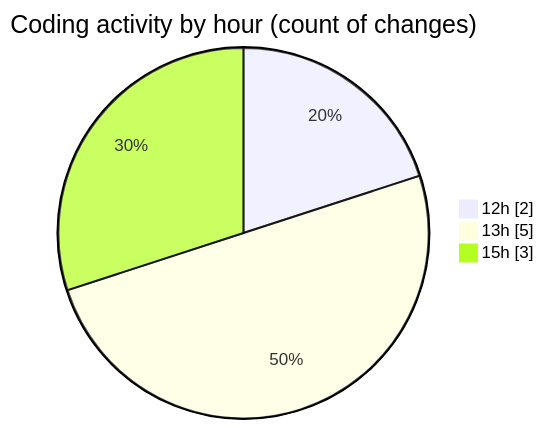
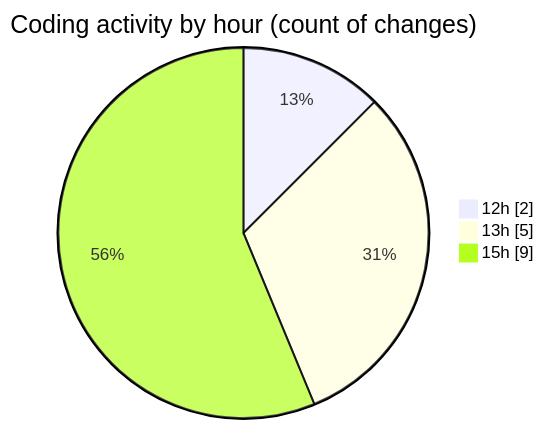
The second of 2 diagrams in 2025-07-12/fish/README.md (EIIisD/code-tracking), drawn with Mermaid before and after one commit. The commit also changed other lines of this file and 1 other file, not shown here.

````diff
--- a/2025-07-12/fish/README.md
+++ b/2025-07-12/fish/README.md
@@ -32,7 +32,7 @@
 ```mermaid
 pie showData
 title Coding activity by hour (count of changes)
 "12h" : 2
 "13h" : 5
-"15h" : 3
+"15h" : 9
 ```
````
